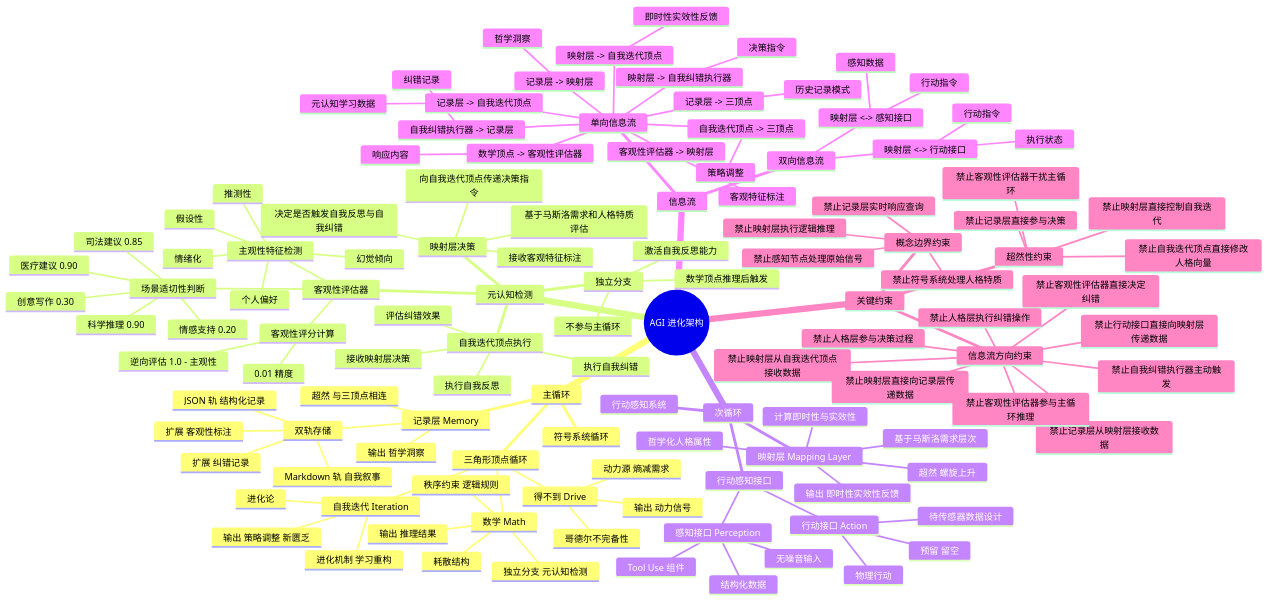
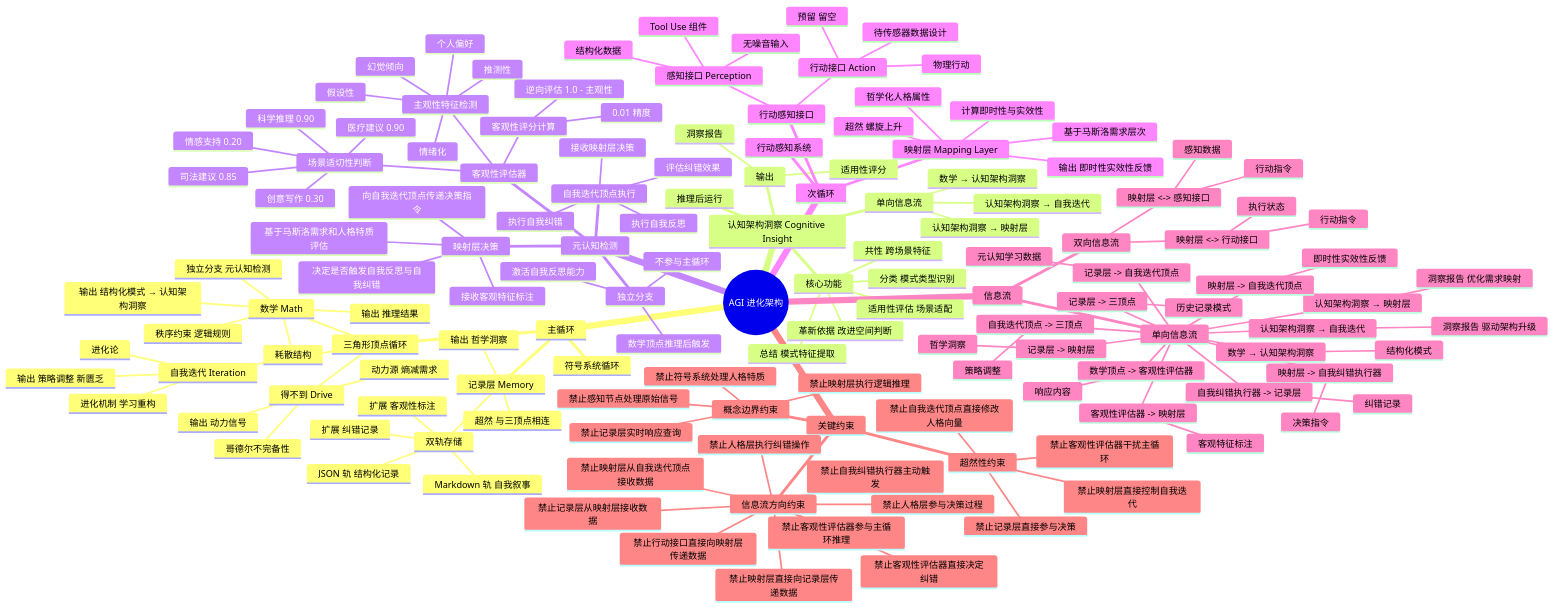
Before and after one commit to kiwifruit13/aig-model-builder: the diagram in README-02架构全貌.md, drawn with Mermaid. The commit also changed other lines of this file and 8 other files, not shown here.

```diff
--- a/README-02架构全貌.md
+++ b/README-02架构全貌.md
@@ -906,6 +1207,7 @@
           耗散结构
           输出 推理结果
           独立分支 元认知检测
+          输出 结构化模式 → 认知架构洞察
         自我迭代 Iteration
           进化机制 学习重构
           进化论
@@ -918,6 +1220,21 @@
           扩展 客观性标注
           扩展 纠错记录
         输出 哲学洞察
+    认知架构洞察 Cognitive Insight
+      推理后运行
+      单向信息流
+        数学 → 认知架构洞察
+        认知架构洞察 → 映射层
+        认知架构洞察 → 自我迭代
+      核心功能
+        总结 模式特征提取
+        分类 模式类型识别
+        共性 跨场景特征
+        革新依据 改进空间判断
+        适用性评估 场景适配
+      输出
+        洞察报告
+        适用性评分
     元认知检测
       独立分支
         数学顶点推理后触发
@@ -968,6 +1285,12 @@
           物理行动
     信息流
       单向信息流
+        数学 → 认知架构洞察
+          结构化模式
+        认知架构洞察 → 映射层
+          洞察报告 优化需求映射
+        认知架构洞察 → 自我迭代
+          洞察报告 驱动架构升级
         记录层 -> 映射层
           哲学洞察
         映射层 -> 自我迭代顶点
```
